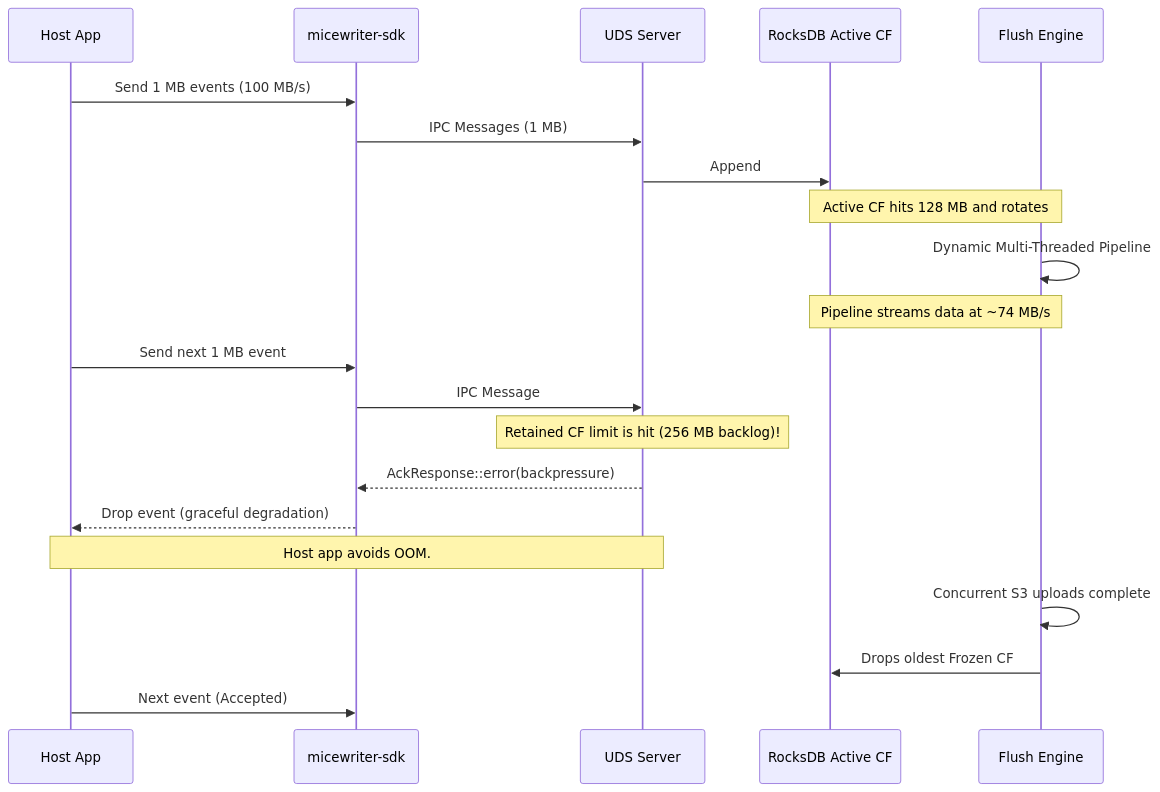
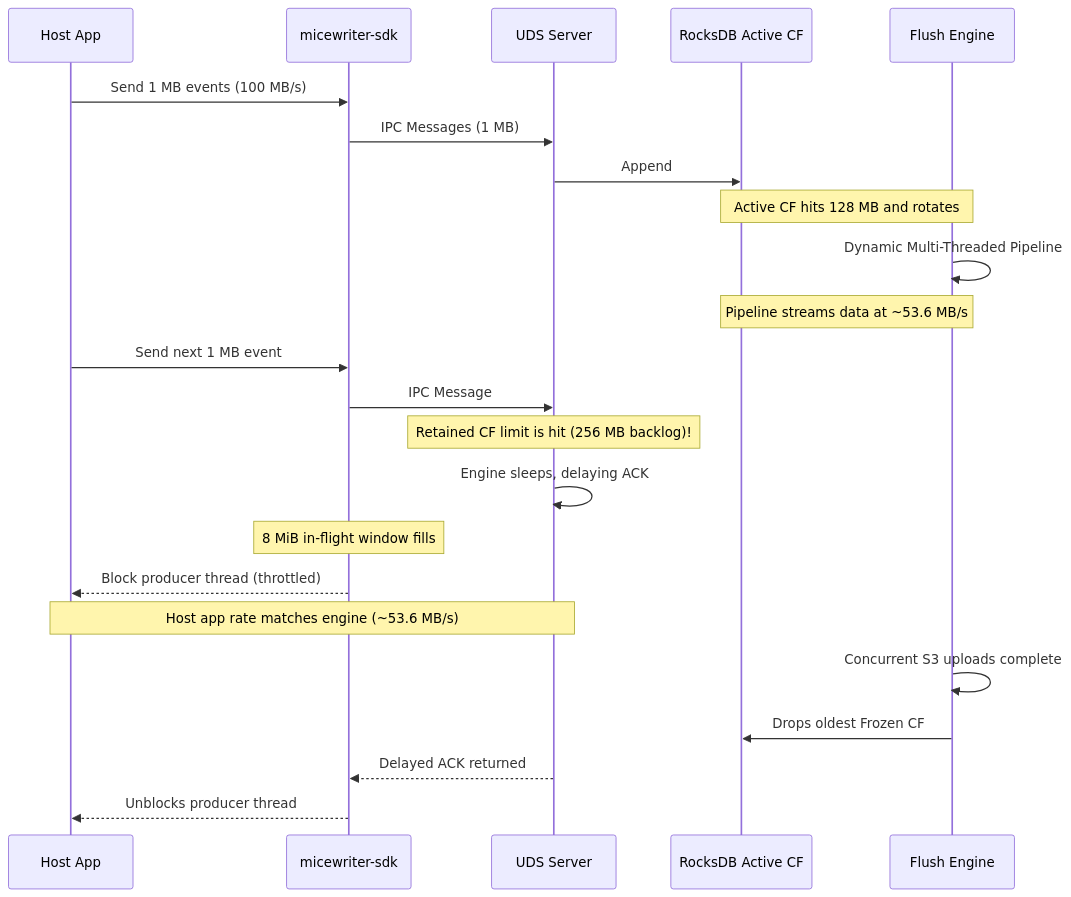
The second of 2 diagrams in docs/limits-and-backpressure.md (markovarghese/micewriter-hub), drawn with Mermaid before and after one commit. The commit also changed other lines of this file and 5 other files, not shown here.

````diff
--- a/docs/limits-and-backpressure.md
+++ b/docs/limits-and-backpressure.md
@@ -102,23 +103,25 @@
 ```mermaid
 sequenceDiagram
     participant App as Host App
     participant SDK as micewriter-sdk
     participant UDS as UDS Server
     participant ActiveCF as RocksDB Active CF
     participant Flush as Flush Engine
     App->>SDK: Send 1 MB events (100 MB/s)
     SDK->>UDS: IPC Messages (1 MB)
     UDS->>ActiveCF: Append
     Note over ActiveCF,Flush: Active CF hits 128 MB and rotates
     Flush->>Flush: Dynamic Multi-Threaded Pipeline
-    Note over ActiveCF,Flush: Pipeline streams data at ~74 MB/s
+    Note over ActiveCF,Flush: Pipeline streams data at ~53.6 MB/s
     App->>SDK: Send next 1 MB event
     SDK->>UDS: IPC Message
     Note over UDS: Retained CF limit is hit (256 MB backlog)!
-    UDS-->>SDK: AckResponse::error(backpressure)
-    SDK-->>App: Drop event (graceful degradation)
-    Note over App,UDS: Host app avoids OOM.
+    UDS->>UDS: Engine sleeps, delaying ACK
+    Note over SDK: 8 MiB in-flight window fills
+    SDK-->>App: Block producer thread (throttled)
+    Note over App,UDS: Host app rate matches engine (~53.6 MB/s)
     Flush->>Flush: Concurrent S3 uploads complete
     Flush->>ActiveCF: Drops oldest Frozen CF
-    App->>SDK: Next event (Accepted)
+    UDS-->>SDK: Delayed ACK returned
+    SDK-->>App: Unblocks producer thread
 ```
````
